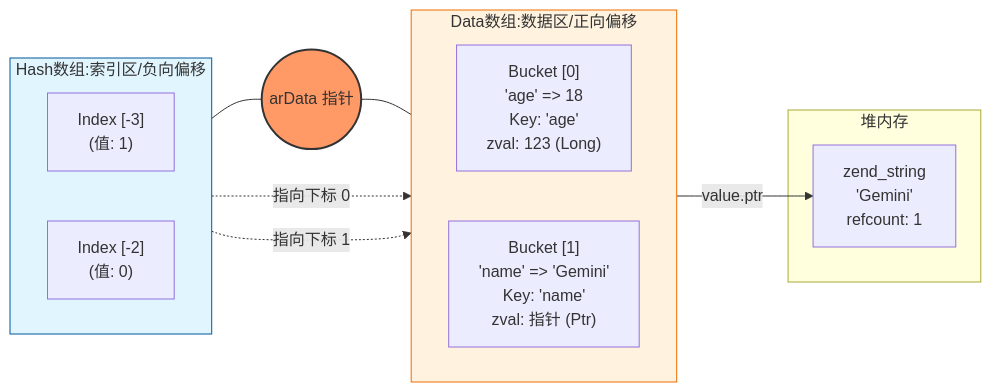
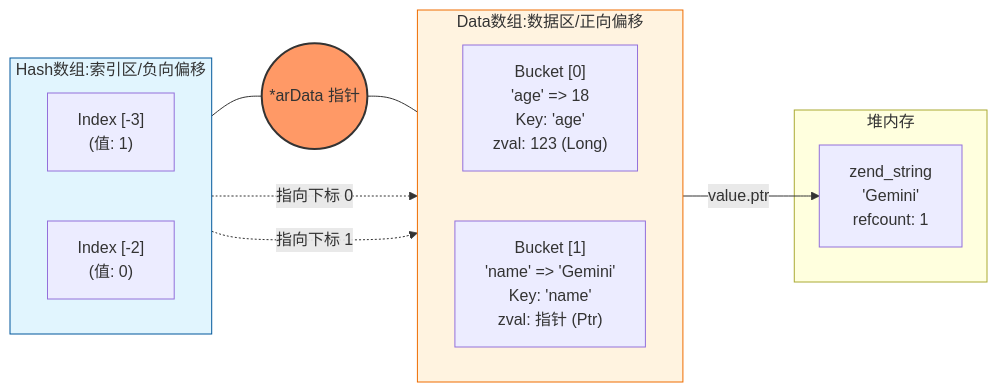
The diagram in src/site/notes/Learn/Hash算法与数据库实现.md (woweijun123/woweijun123.github.io), drawn with Mermaid before and after one commit. The commit also changed other lines of this file and 8 other files, not shown here.

````diff
--- a/src/site/notes/Learn/Hash算法与数据库实现.md
+++ b/src/site/notes/Learn/Hash算法与数据库实现.md
@@ -540,38 +543,38 @@
 ```mermaid
 flowchart LR
     %% 定义左侧：索引映射区
     subgraph Index_Table [Hash数组:索引区/负向偏移]
         direction LR
         idx_n1["Index [-3] <br/> (值: 1)"]
         idx_n2["Index [-2] <br/> (值: 0)"]
     end
 
     %% 中间：核心指针
-    Anchor((arData 指针))
+    Anchor((*arData 指针))
 
     %% 定义右侧：数据存储区
     subgraph Data_Array [Data数组:数据区/正向偏移]
         direction LR
         bucket_0["Bucket [0] <br/> 'age' => 18 <br/> Key: 'age' <br/> zval: 123 (Long)"]
         bucket_1["Bucket [1] <br/> 'name' => 'Gemini' <br/> Key: 'name' <br/> zval: 指针 (Ptr)"]
     end
 
 	subgraph Heap [堆内存]
         zs["zend_string <br/> 'Gemini' <br/> refcount: 1"]
     end
 
     %% 物理连接关系
     Index_Table --- Anchor --- Data_Array
 
     %% 逻辑映射关系（带箭头的表示查找过程）
     idx_n2 -.->|指向下标 0| bucket_0
     idx_n1 -.->|指向下标 1| bucket_1
 
 %% 指针跳转  
     bucket_1 -- value.ptr --> zs  
 
     %% 样式设置
     style Anchor fill:#f96,stroke:#333,stroke-width:2px
     style Index_Table fill:#e1f5fe,stroke:#01579b
     style Data_Array fill:#fff3e0,stroke:#ef6c00
 ```
````
